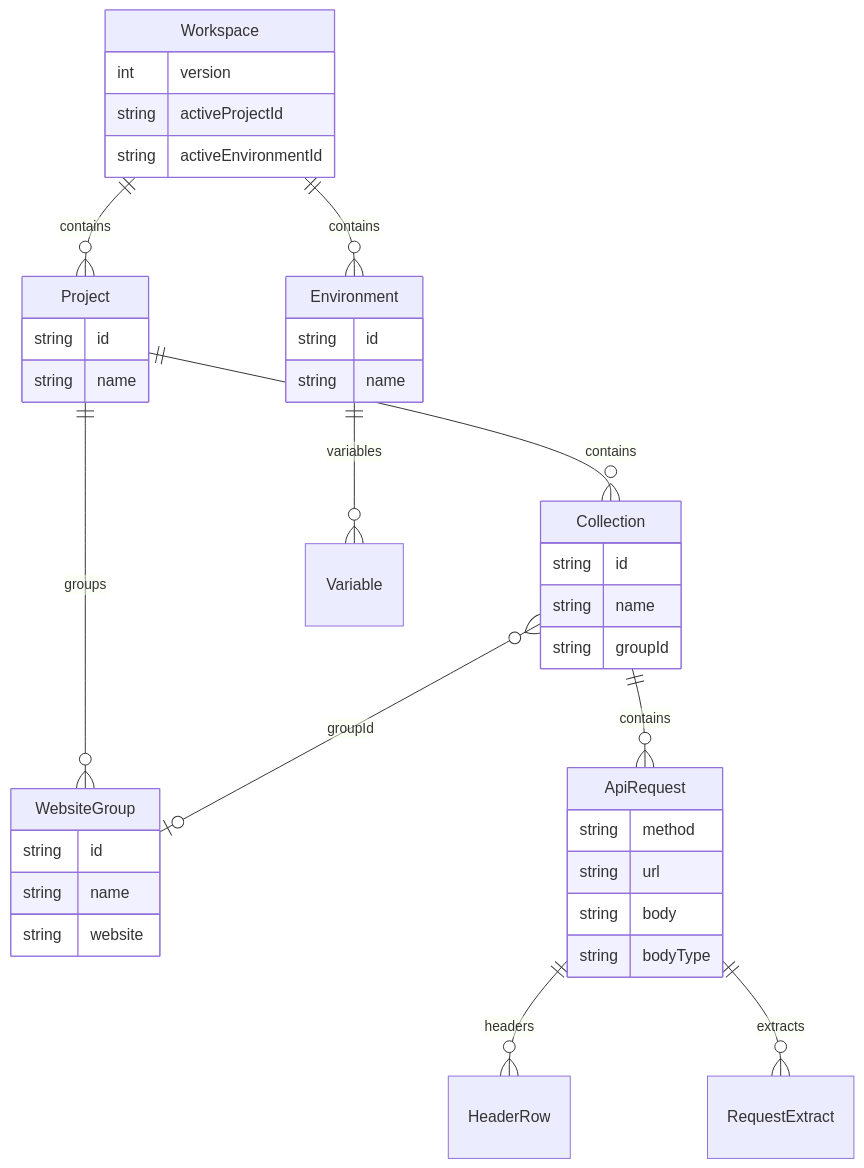
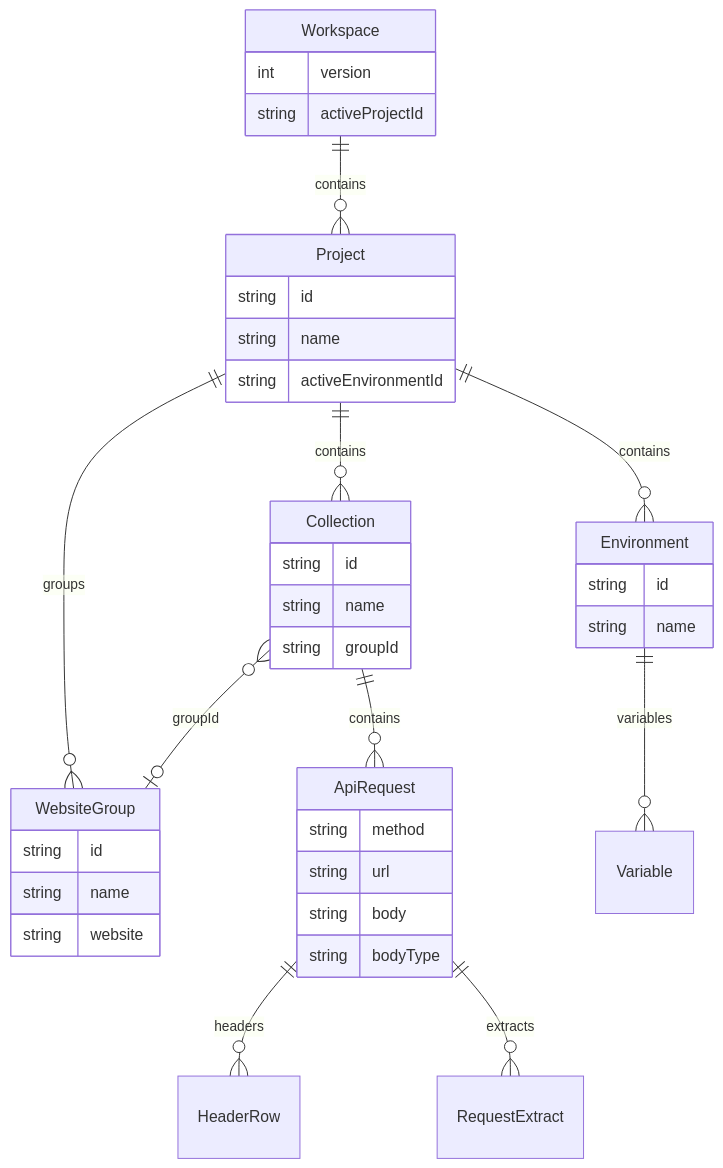
The fourth of 8 diagrams in README.md (tiagoyamashita/openpostman.dev), drawn with Mermaid before and after one commit. The commit also changed other lines of this file and 8 other files, not shown here.

````diff
--- a/README.md
+++ b/README.md
@@ -181,42 +181,42 @@
 ```mermaid
 erDiagram
   Workspace ||--o{ Project : contains
-  Workspace ||--o{ Environment : contains
+  Project ||--o{ Environment : contains
   Project ||--o{ WebsiteGroup : groups
   Project ||--o{ Collection : contains
   Collection ||--o{ ApiRequest : contains
   Collection }o--o| WebsiteGroup : groupId
   ApiRequest ||--o{ HeaderRow : headers
   ApiRequest ||--o{ RequestExtract : extracts
   Environment ||--o{ Variable : variables
 
   Workspace {
     int version
     string activeProjectId
-    string activeEnvironmentId
   }
   Project {
     string id
     string name
+    string activeEnvironmentId
   }
   WebsiteGroup {
     string id
     string name
     string website
   }
   Collection {
     string id
     string name
     string groupId
   }
   ApiRequest {
     string method
     string url
     string body
     string bodyType
   }
   Environment {
     string id
     string name
   }
 ```
````
